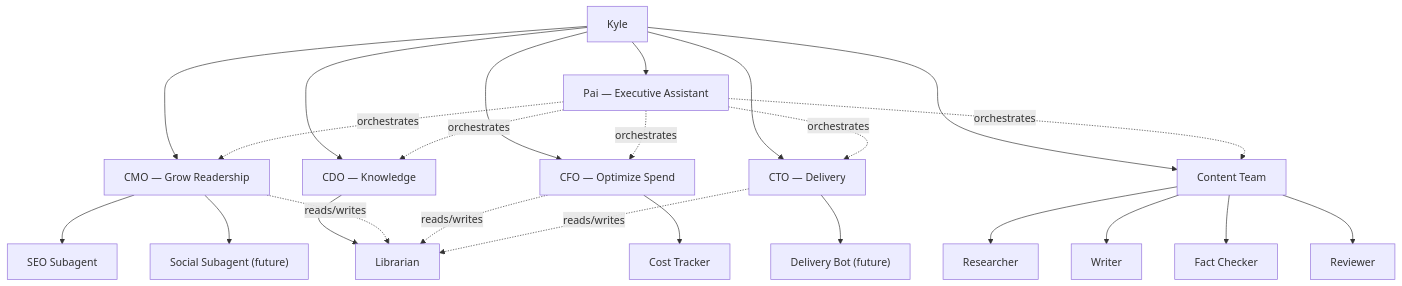
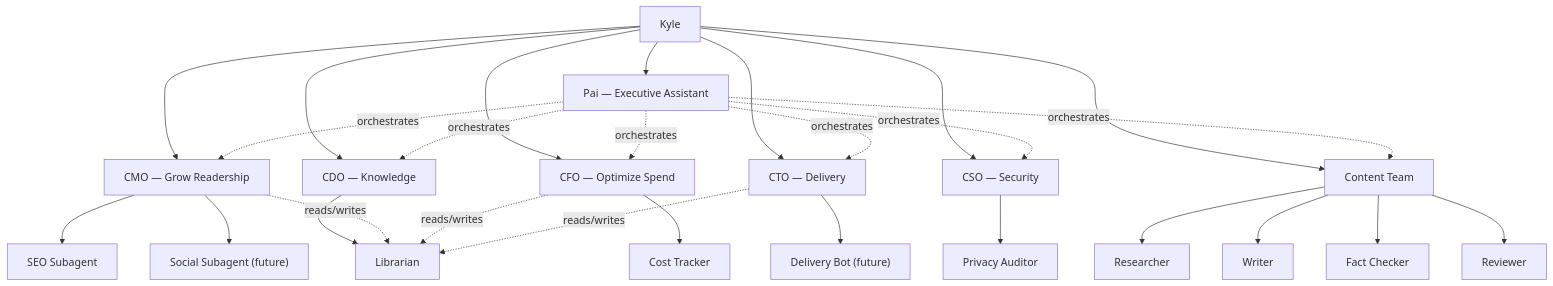
The diagram in apps/blog/blog/markdown/wiki/projects/agent-team/index.md (kylep/multi), drawn with Mermaid before and after one commit. The commit also changed other lines of this file and 5 other files, not shown here.

First line of the commit message:
Add CSO and Privacy Auditor, redact confidential data from blog post

````diff
--- a/apps/blog/blog/markdown/wiki/projects/agent-team/index.md
+++ b/apps/blog/blog/markdown/wiki/projects/agent-team/index.md
@@ -38,49 +40,54 @@
 ```mermaid
 graph TD
     Kyle["Kyle"]
     Pai["Pai — Executive Assistant"]
     CMO["CMO — Grow Readership"]
     CFO["CFO — Optimize Spend"]
     CTO["CTO — Delivery"]
     CDO["CDO — Knowledge"]
+    CSO["CSO — Security"]
     Content["Content Team"]
 
     SEO["SEO Subagent"]
     Social["Social Subagent (future)"]
     CostTracker["Cost Tracker"]
     DeliveryBot["Delivery Bot (future)"]
     Librarian["Librarian"]
+    PrivacyAuditor["Privacy Auditor"]
 
     Researcher["Researcher"]
     Writer["Writer"]
     FactChecker["Fact Checker"]
     Reviewer["Reviewer"]
 
     Kyle --> Pai
     Kyle --> CMO
     Kyle --> CFO
     Kyle --> CTO
     Kyle --> CDO
+    Kyle --> CSO
     Kyle --> Content
 
     Pai -.->|orchestrates| CMO
     Pai -.->|orchestrates| CFO
     Pai -.->|orchestrates| CTO
     Pai -.->|orchestrates| CDO
+    Pai -.->|orchestrates| CSO
     Pai -.->|orchestrates| Content
 
     CMO --> SEO
     CMO --> Social
     CFO --> CostTracker
     CTO --> DeliveryBot
     CDO --> Librarian
+    CSO --> PrivacyAuditor
 
     CMO -.->|reads/writes| Librarian
     CFO -.->|reads/writes| Librarian
     CTO -.->|reads/writes| Librarian
 
     Content --> Researcher
     Content --> Writer
     Content --> FactChecker
     Content --> Reviewer
 ```
````
